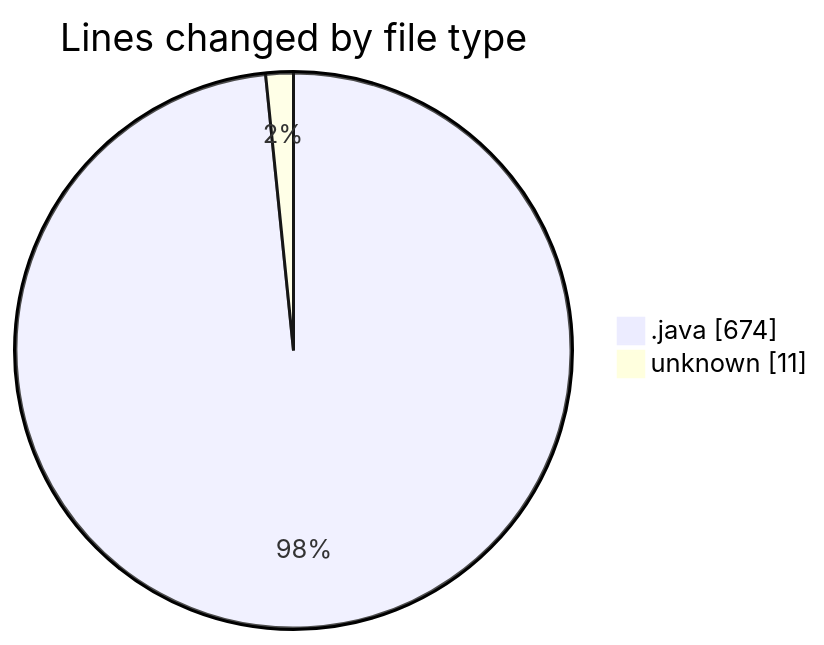
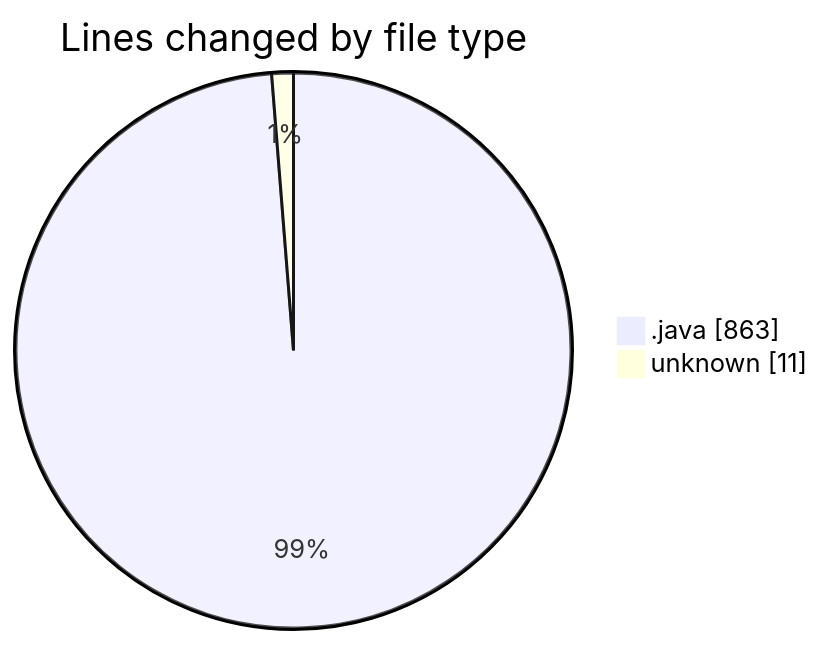
Before and after one commit to ricardozamudiocil/code-tracking: the first of 2 diagrams in 2026-04-27/cilapp/README.md, drawn with Mermaid. The commit also changed other lines of this file and 1 other file, not shown here.

````diff
--- a/2026-04-27/cilapp/README.md
+++ b/2026-04-27/cilapp/README.md
@@ -22,6 +22,6 @@
 ```mermaid
 pie showData
 title Lines changed by file type
-".java" : 674
+".java" : 863
 "unknown" : 11
 ```
````
